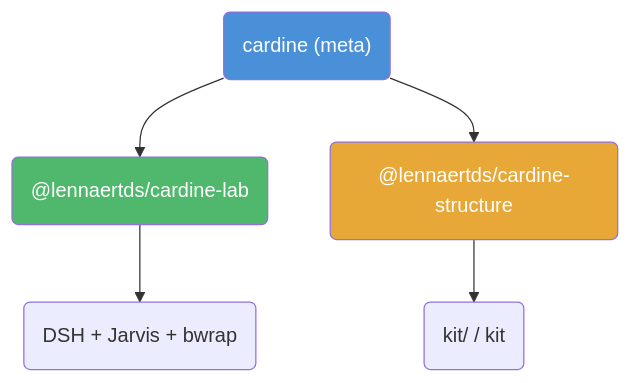
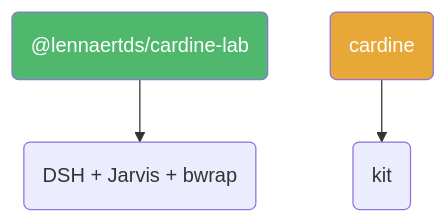
The diagram in README.md (Lennaertds/cardine), drawn with Mermaid before and after one commit. The commit also changed other lines of this file and 22 other files, not shown here.

First line of the commit message:
Rename cardine-structure to cardine and make npm the only install route

````diff
--- a/README.md
+++ b/README.md
@@ -66,10 +65,7 @@
 ```mermaid
 graph TD
-    M("cardine (meta)") --> L("@lennaertds/cardine-lab")
-    M --> S("@lennaertds/cardine-structure")
-    L --> D("DSH + Jarvis + bwrap")
-    S --> K("kit/ / kit")
-    style M fill:#4a90d9,color:#fff
+    L("@lennaertds/cardine-lab") --> D("DSH + Jarvis + bwrap")
+    S("cardine") --> K("kit")
     style L fill:#50b86c,color:#fff
     style S fill:#e8a838,color:#fff
 ```
````
